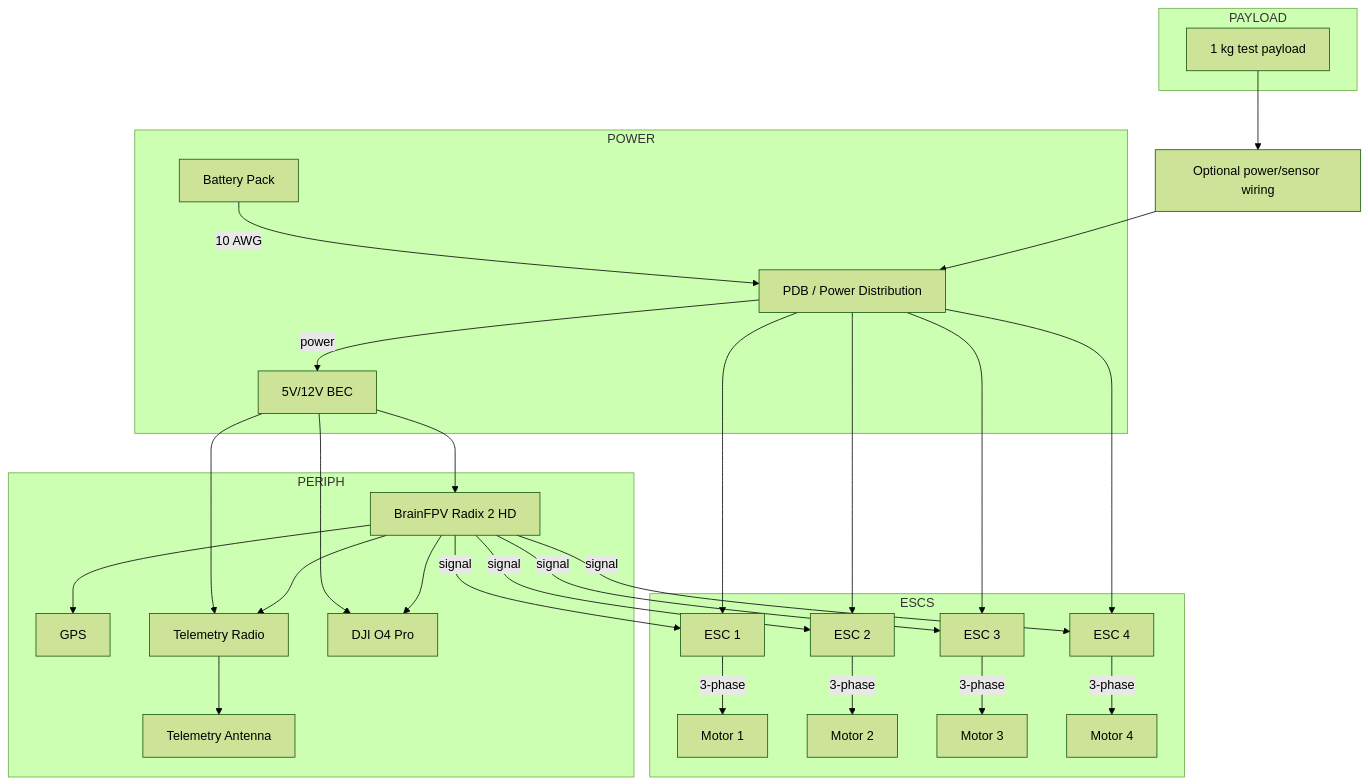
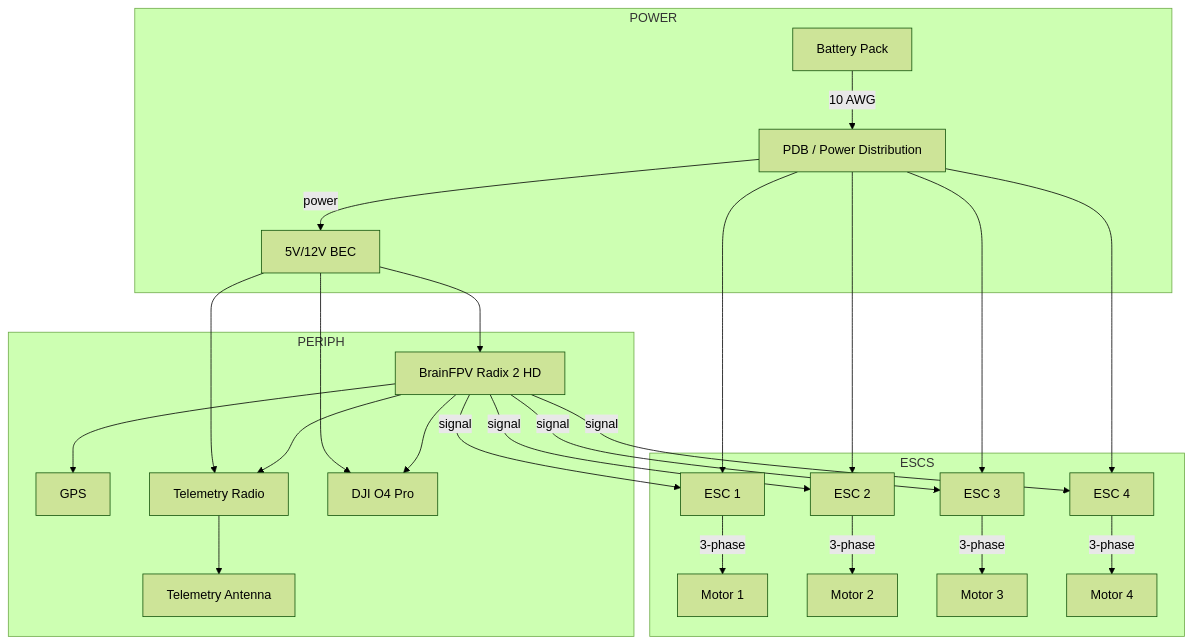
Before and after one commit to ThisIsMyPublicAccount/Quad-Projects: the diagram in Beast-Class/BEAST-CLASS-DRONE.md, drawn with Mermaid (forest theme). The commit also changed other lines of this file, not shown here.

Commit message:
Refine drone documentation and testing details
Removed unnecessary details from the architecture section and updated final testing notes.

````diff
--- a/Beast-Class/BEAST-CLASS-DRONE.md
+++ b/Beast-Class/BEAST-CLASS-DRONE.md
@@ -12,53 +10,46 @@
 ```mermaid
 flowchart TB
   subgraph POWER
     BAT[Battery Pack]
     PDB[PDB / Power Distribution]
     BAT -->|10 AWG| PDB
     PDB -->|power| BEC[5V/12V BEC]
   end
 
   subgraph ESCS
     ESC1[ESC 1]
     ESC2[ESC 2]
     ESC3[ESC 3]
     ESC4[ESC 4]
     ESC1 -->|3-phase| M1[Motor 1]
     ESC2 -->|3-phase| M2[Motor 2]
     ESC3 -->|3-phase| M3[Motor 3]
     ESC4 -->|3-phase| M4[Motor 4]
   end
 
   subgraph PERIPH
     FC[BrainFPV Radix 2 HD]
     GPS[GPS]
     TEL[Telemetry Radio]
     ANT[Telemetry Antenna]
     CAM[DJI O4 Pro]
   end
 
   PDB --> ESC1
   PDB --> ESC2
   PDB --> ESC3
   PDB --> ESC4
 
   BEC --> FC
   BEC --> CAM
   BEC --> TEL
 
   FC -->|signal| ESC1
   FC -->|signal| ESC2
   FC -->|signal| ESC3
   FC -->|signal| ESC4
   FC --> GPS
   FC --> TEL
   TEL --> ANT
   FC --> CAM
-
-  subgraph PAYLOAD
-    PAY[1 kg test payload]
-  end
-
-  PAY --> PWRLOAD[Optional power/sensor wiring]
-  PWRLOAD --> PDB
 ```
````
